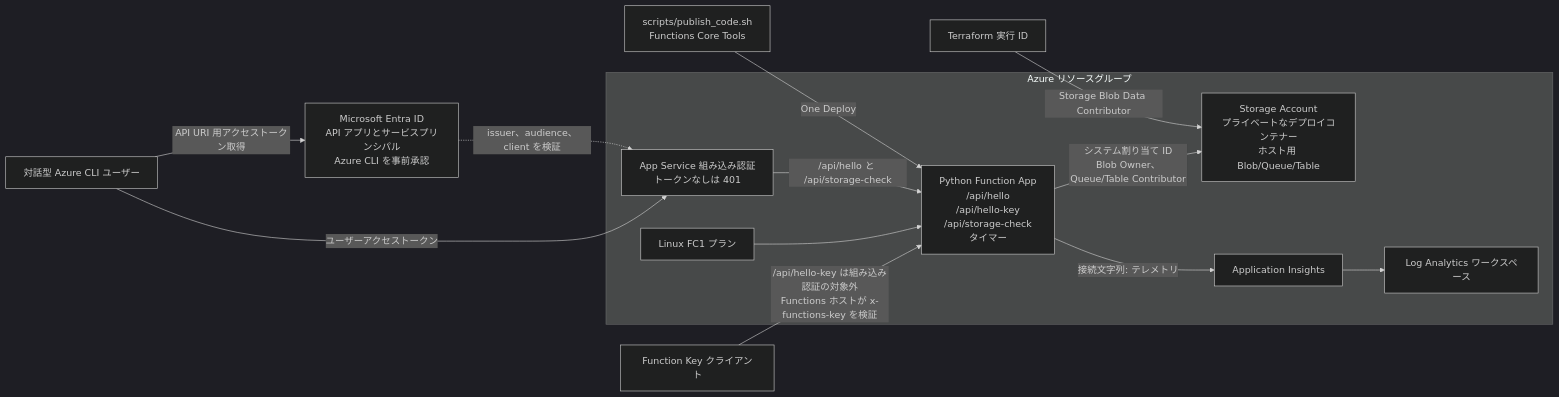
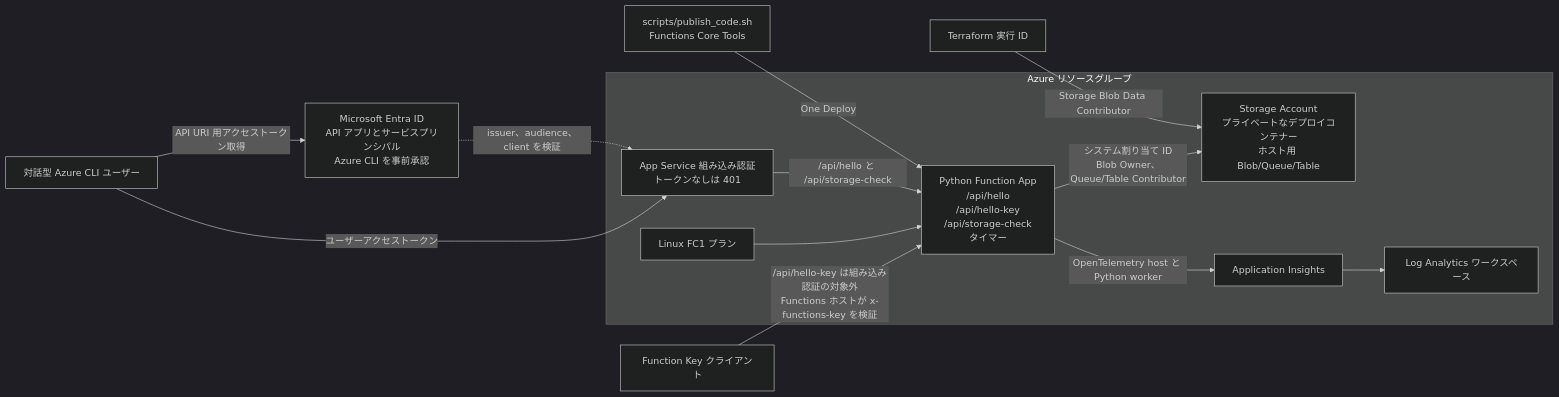
Before and after one commit to ks6088ts/template-terraform: the diagram in infra/scenarios/azure_functions_flex_consumption/README.ja.md, drawn with Mermaid (dark theme). The commit also changed other lines of this file and 11 other files, not shown here.

First line of the commit message:
Enhance Azure Functions Flex Consumption scenario with OpenTelemetry support

````diff
--- a/infra/scenarios/azure_functions_flex_consumption/README.ja.md
+++ b/infra/scenarios/azure_functions_flex_consumption/README.ja.md
@@ -11,17 +11,17 @@
 ```mermaid
 flowchart LR
   User["対話型 Azure CLI ユーザー"] -->|API URI 用アクセストークン取得| Entra["Microsoft Entra ID<br/>API アプリとサービスプリンシパル<br/>Azure CLI を事前承認"]
   User -->|ユーザーアクセストークン| Auth
   Entra -.->|issuer、audience、client を検証| Auth
   Key["Function Key クライアント"] -->|/api/hello-key は組み込み認証の対象外<br/>Functions ホストが x-functions-key を検証| App
   subgraph RG["Azure リソースグループ"]
     Auth["App Service 組み込み認証<br/>トークンなしは 401"]
     Plan["Linux FC1 プラン"] --> App["Python Function App<br/>/api/hello<br/>/api/hello-key<br/>/api/storage-check<br/>タイマー"]
     Auth -->|/api/hello と /api/storage-check| App
     App -->|システム割り当て ID<br/>Blob Owner、Queue/Table Contributor| Storage["Storage Account<br/>プライベートなデプロイコンテナー<br/>ホスト用 Blob/Queue/Table"]
-    App -->|接続文字列: テレメトリ| AI["Application Insights"]
+    App -->|OpenTelemetry host と Python worker| AI["Application Insights"]
     AI --> LA["Log Analytics ワークスペース"]
   end
   Operator["Terraform 実行 ID"] -->|Storage Blob Data Contributor| Storage
   Publisher["scripts/publish_code.sh<br/>Functions Core Tools"] -->|One Deploy| App
 ```
````
